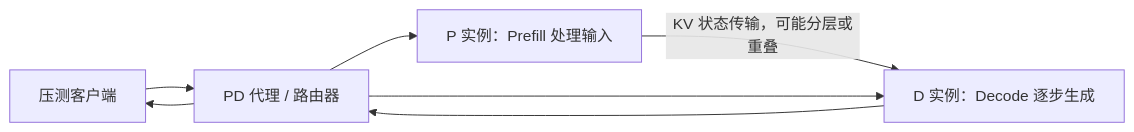
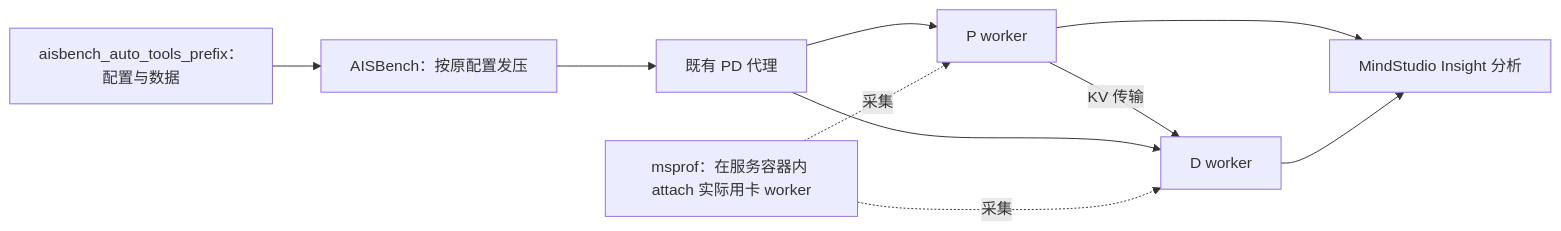
Before and after one commit to nobodycan/blue_working: the diagram in ascend_pd_profiling_2026-10-26/01_完整解决思路.md, drawn with Mermaid. The commit also changed other lines of this file and 11 other files, not shown here.

Commit message:
docs: align PD profiling with existing AISBench 128K/1K tests and msprof

````diff
--- a/ascend_pd_profiling_2026-10-26/01_完整解决思路.md
+++ b/ascend_pd_profiling_2026-10-26/01_完整解决思路.md
@@ -15,9 +9,12 @@
 ```mermaid
 flowchart LR
-    C[压测客户端] --> R[PD 代理 / 路由器]
-    R --> P[P 实例：Prefill 处理输入]
-    P -->|KV 状态传输，可能分层或重叠| D[D 实例：Decode 逐步生成]
-    R --> D
-    D --> R
-    R --> C
+  A[aisbench_auto_tools_prefix：配置与数据] --> B[AISBench：按原配置发压]
+  B --> R[既有 PD 代理]
+  R --> P[P worker]
+  P -->|KV 传输| D[D worker]
+  R --> D
+  M[msprof：在服务容器内 attach 实际用卡 worker] -.采集.-> P
+  M -.采集.-> D
+  P --> I[MindStudio Insight 分析]
+  D --> I
 ```
````
